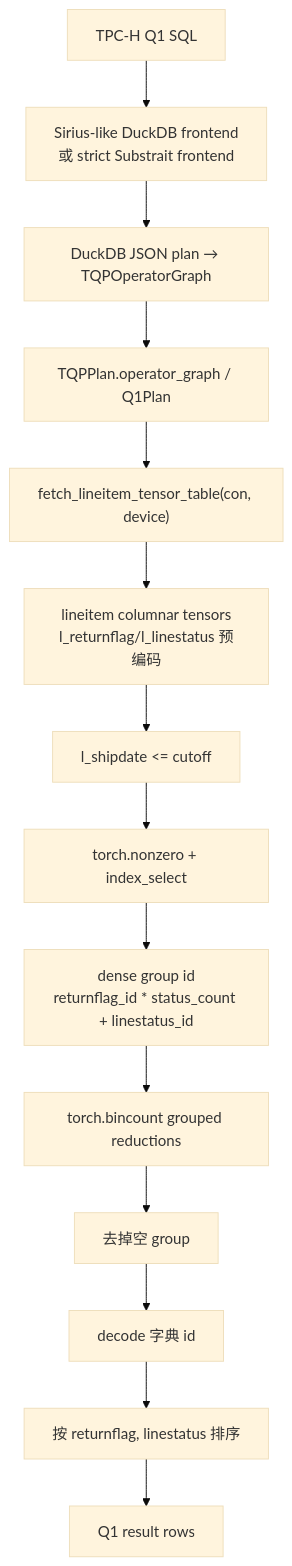
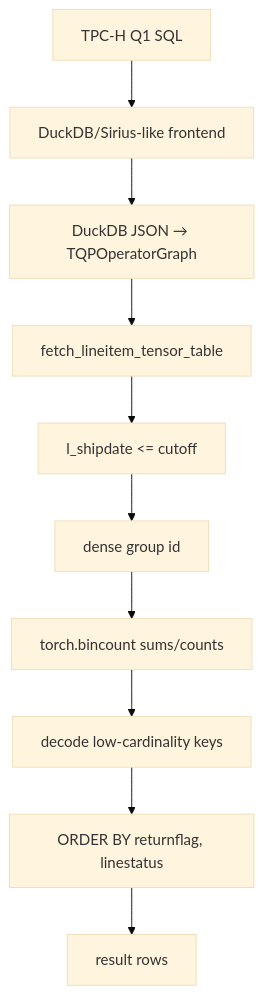
Before and after one commit to liuweibupt/torch-query-gpu: the second of 2 diagrams in docs/architecture.zh.md, drawn with Mermaid (base theme). The commit also changed other lines of this file and 28 other files, not shown here.

Commit message:
feat: compose tpch graph queries from graph nodes

````diff
--- a/docs/architecture.zh.md
+++ b/docs/architecture.zh.md
@@ -225,16 +112,12 @@
 ```mermaid
 flowchart TD
-    Q1SQL["TPC-H Q1 SQL"] --> Frontend["Sirius-like DuckDB frontend<br/>或 strict Substrait frontend"]
-    Frontend --> Graph["DuckDB JSON plan → TQPOperatorGraph"]
-    Graph --> Plan["TQPPlan.operator_graph / Q1Plan"]
-    Plan --> Fetch["fetch_lineitem_tensor_table(con, device)"]
-    Fetch --> Encoded["lineitem columnar tensors<br/>l_returnflag/l_linestatus 预编码"]
-    Encoded --> Filter["l_shipdate <= cutoff"]
-    Filter --> Select["torch.nonzero + index_select"]
-    Select --> GroupID["dense group id<br/>returnflag_id * status_count + linestatus_id"]
-    GroupID --> Agg["torch.bincount grouped reductions"]
-    Agg --> Compact["去掉空 group"]
-    Compact --> Decode["decode 字典 id"]
-    Decode --> Sort["按 returnflag, linestatus 排序"]
-    Sort --> Rows["Q1 result rows"]
+    Q1SQL["TPC-H Q1 SQL"] --> Frontend["DuckDB/Sirius-like frontend"]
+    Frontend --> Graph["DuckDB JSON → TQPOperatorGraph"]
+    Graph --> Fetch["fetch_lineitem_tensor_table"]
+    Fetch --> Filter["l_shipdate <= cutoff"]
+    Filter --> GroupID["dense group id"]
+    GroupID --> Reduce["torch.bincount sums/counts"]
+    Reduce --> Decode["decode low-cardinality keys"]
+    Decode --> Sort["ORDER BY returnflag, linestatus"]
+    Sort --> Rows["result rows"]
 ```
````
